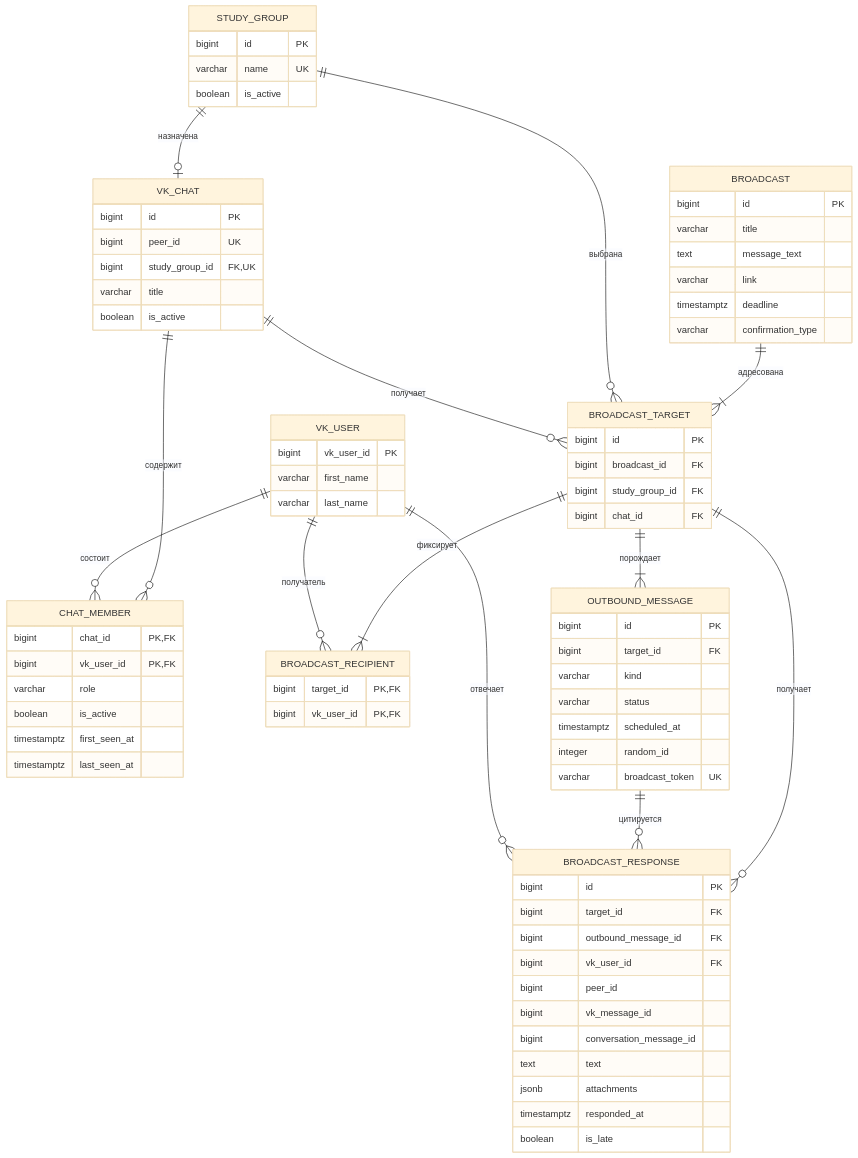
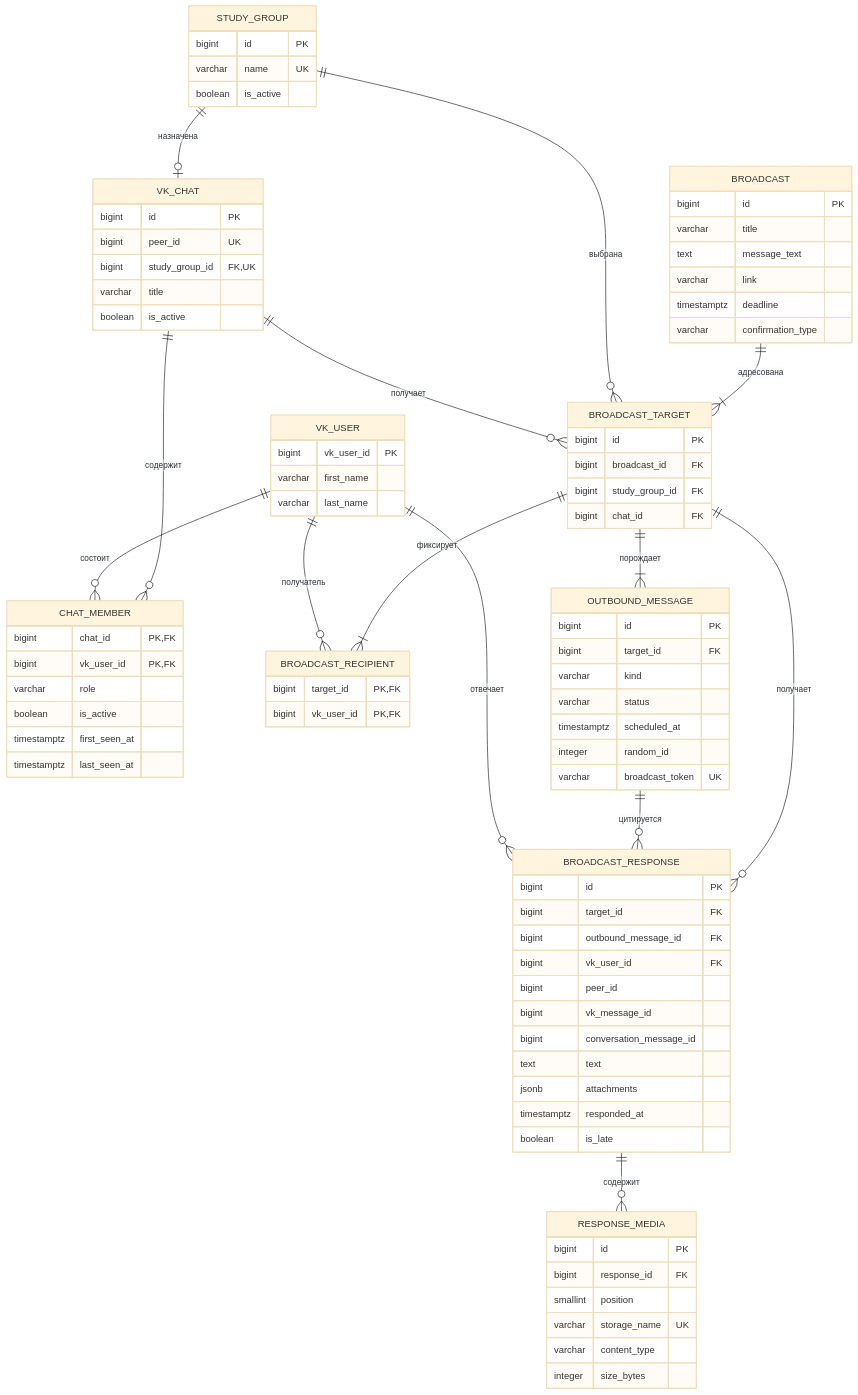
One commit to VladFomin17/vk-tutors-bot changed the diagram in docs/database.md. Above: the diagram before and after it, drawn with Mermaid (base theme). The commit also changed other lines of this file and 17 other files, not shown here.

````diff
--- a/docs/database.md
+++ b/docs/database.md
@@ -16,6 +16,7 @@
     BROADCAST_TARGET ||--o{ BROADCAST_RESPONSE : "получает"
     OUTBOUND_MESSAGE ||--o{ BROADCAST_RESPONSE : "цитируется"
     VK_USER ||--o{ BROADCAST_RESPONSE : "отвечает"
+    BROADCAST_RESPONSE ||--o{ RESPONSE_MEDIA : "содержит"
 
     STUDY_GROUP {
         bigint id PK
@@ -82,4 +83,12 @@
         timestamptz responded_at
         boolean is_late
     }
+    RESPONSE_MEDIA {
+        bigint id PK
+        bigint response_id FK
+        smallint position
+        varchar storage_name UK
+        varchar content_type
+        integer size_bytes
+    }
 ```
````
